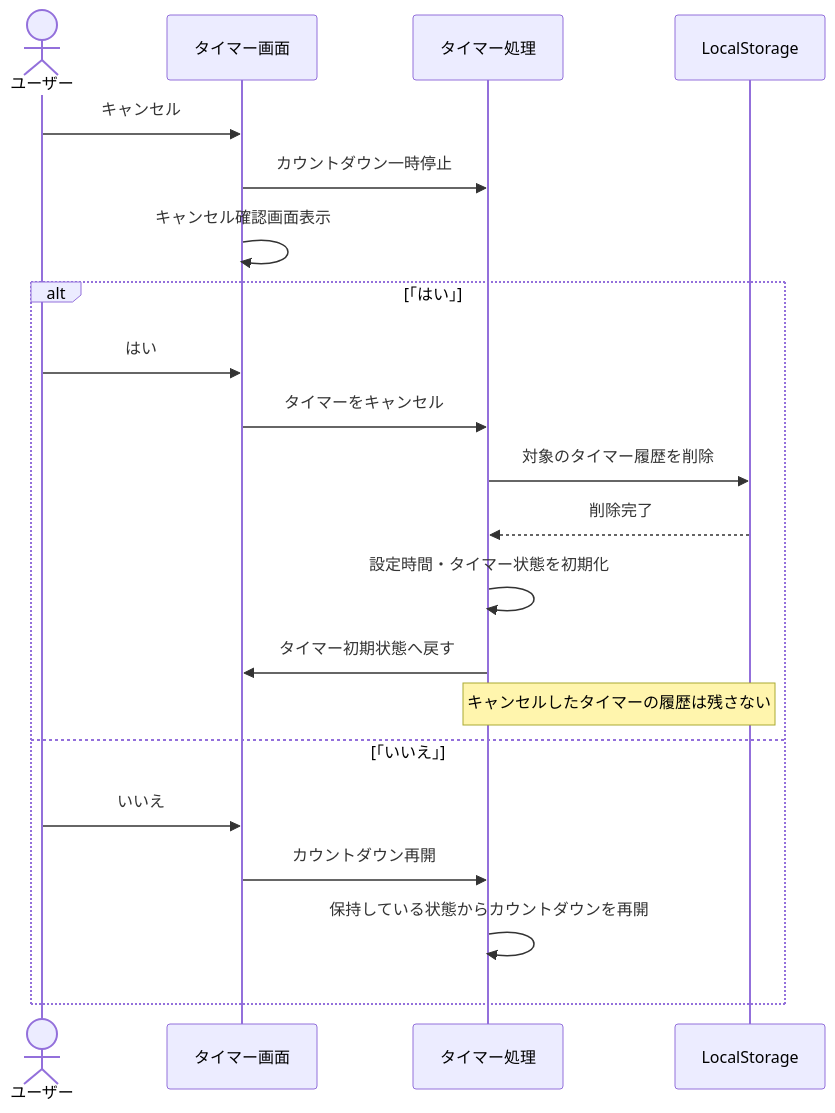
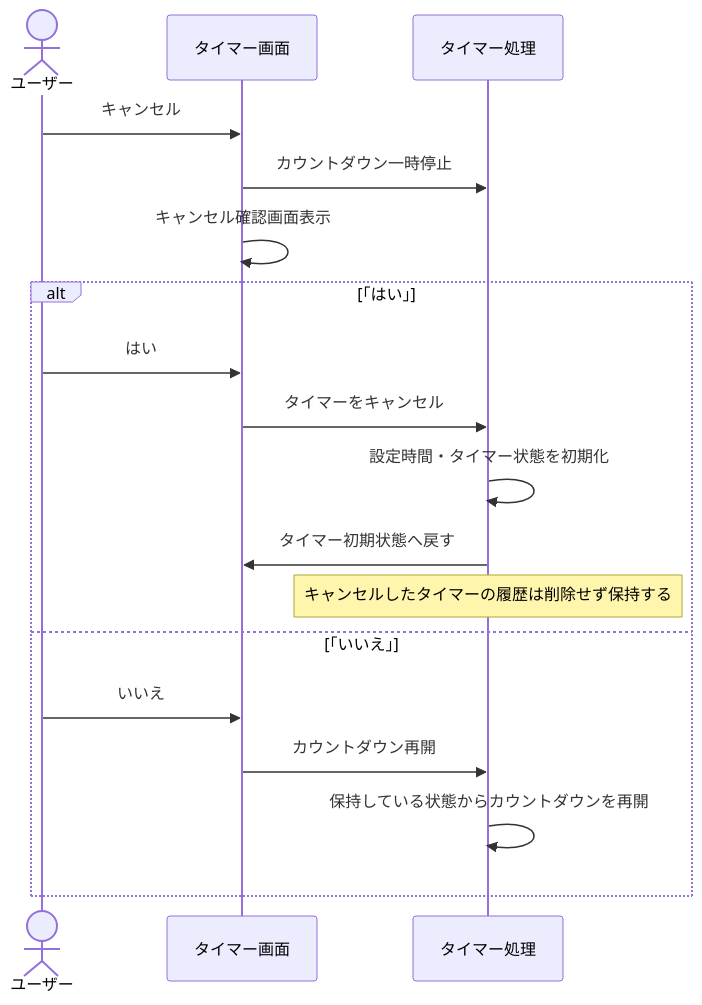
One commit to shun62201234-crypto/timerApplication changed the third of 6 diagrams in document/設計/シーケンス図/タイマーシーケンス図.md. Above: the diagram before and after it, drawn with Mermaid. The commit also changed other lines of this file and 1 other file, not shown here.

Commit message:
キャンセル時の履歴保持方法の変更
要求仕様書とシーケンス図のキャンセル押下後の履歴保持について修正
変更前：押下後履歴削除
変更後：押下後履歴保持

````diff
--- a/document/設計/シーケンス図/タイマーシーケンス図.md
+++ b/document/設計/シーケンス図/タイマーシーケンス図.md
@@ -73,25 +73,22 @@
 ```mermaid
 sequenceDiagram
     actor ユーザー
     participant UI as タイマー画面
     participant Timer as タイマー処理
-    participant Storage as LocalStorage
 
     ユーザー->>UI: キャンセル
     UI->>Timer: カウントダウン一時停止
     UI->>UI: キャンセル確認画面表示
 
     alt 「はい」
         ユーザー->>UI: はい
         UI->>Timer: タイマーをキャンセル
-        Timer->>Storage: 対象のタイマー履歴を削除
-        Storage-->>Timer: 削除完了
         Timer->>Timer: 設定時間・タイマー状態を初期化
         Timer->>UI: タイマー初期状態へ戻す
-        Note over Timer,Storage: キャンセルしたタイマーの履歴は残さない
+        Note over Timer: キャンセルしたタイマーの履歴は削除せず保持する
     else 「いいえ」
         ユーザー->>UI: いいえ
         UI->>Timer: カウントダウン再開
         Timer->>Timer: 保持している状態からカウントダウンを再開
     end
 ```
````
